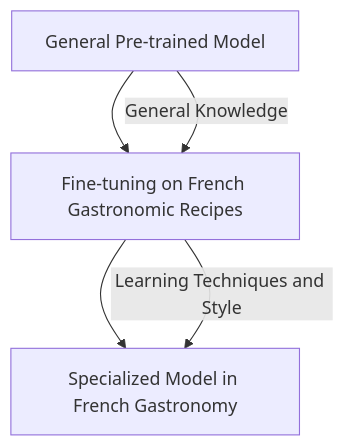
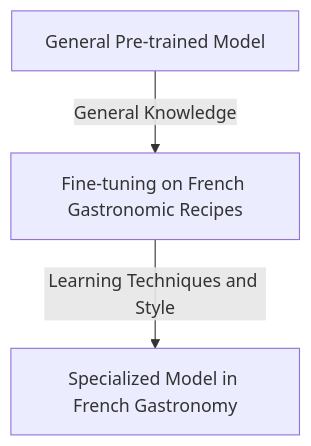
Before and after one commit to famibelle/AISeminar: the fourth of 4 diagrams in ai_seminar_slides.md, drawn with Mermaid. The commit also changed other lines of this file, not shown here.

````diff
--- a/ai_seminar_slides.md
+++ b/ai_seminar_slides.md
@@ -693,7 +916,5 @@
 ```mermaid
 flowchart TD
-  A[General Pre-trained Model] --> B[Fine-tuning on French Gastronomic Recipes]
-  B --> C[Specialized Model in French Gastronomy]
-  A -->|General Knowledge| B
-  B -->|Learning Techniques and Style| C
+  A[General Pre-trained Model] --> |General Knowledge| B[Fine-tuning on French Gastronomic Recipes]
+  B --> |Learning Techniques and Style| C[Specialized Model in French Gastronomy]
 ```
````
